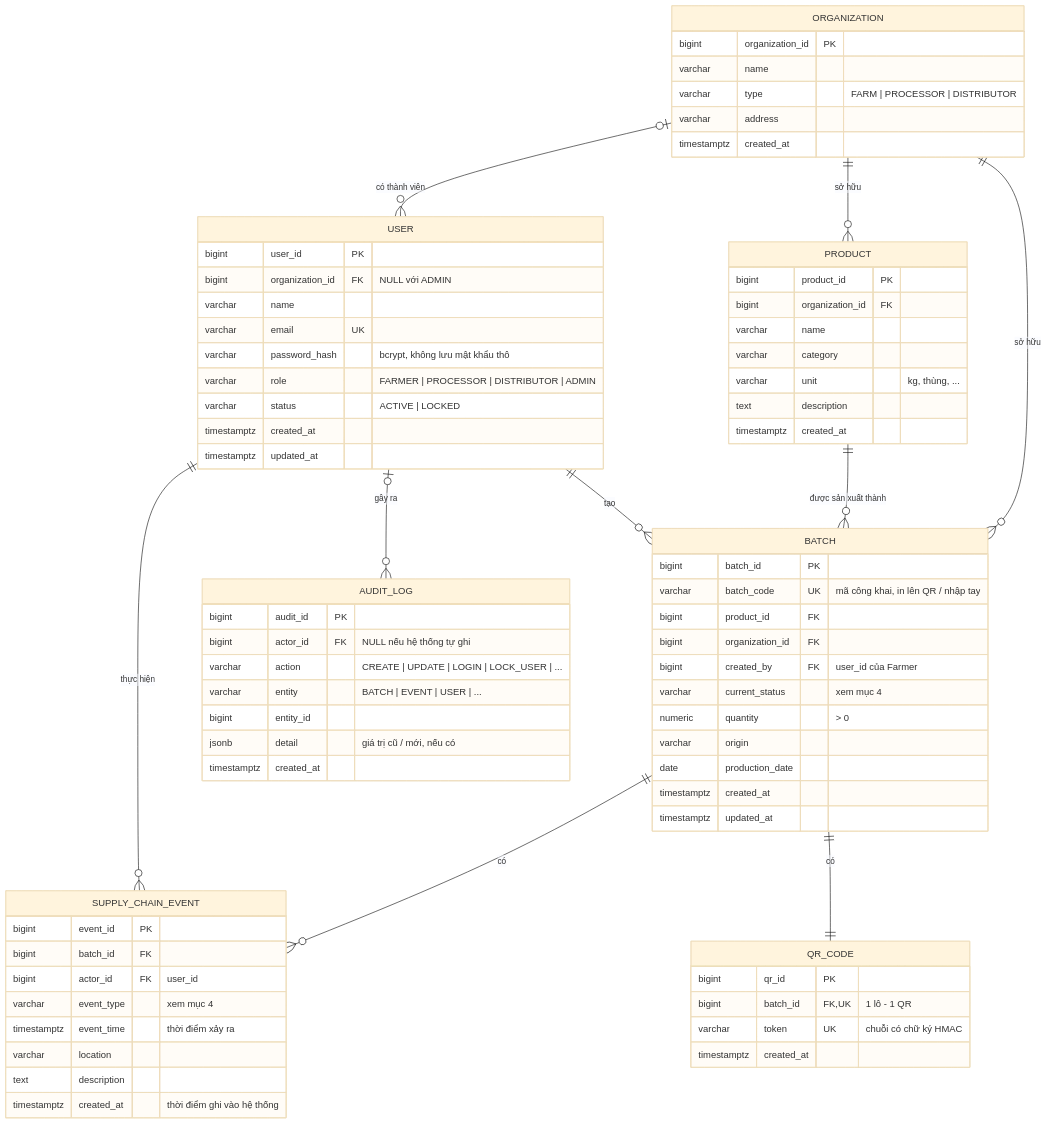
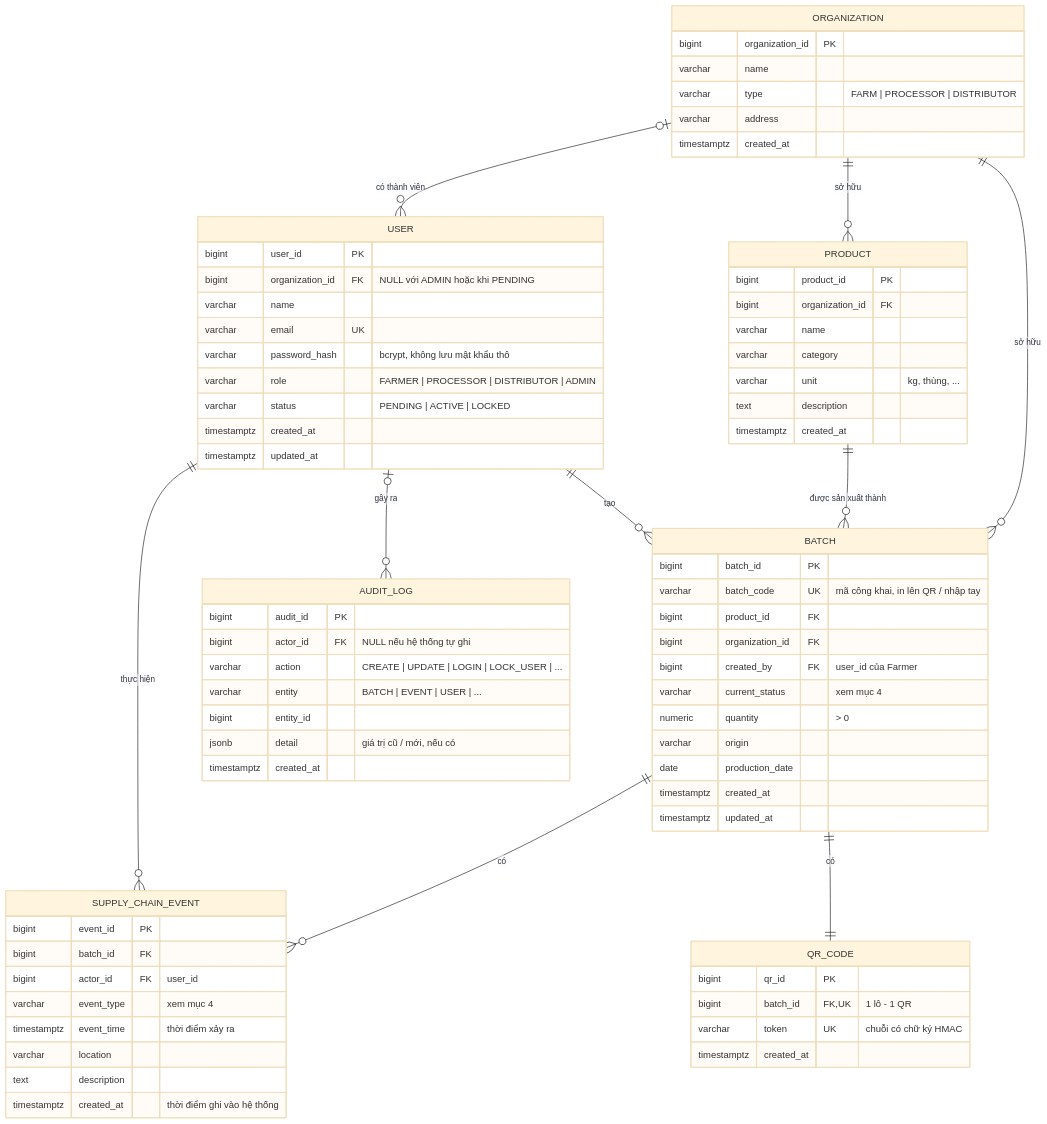
The diagram in docs/ERD/erd-draft.md (hbao06/food-supply-chain-traceability-portal), drawn with Mermaid (base theme) before and after one commit. The commit also changed other lines of this file and 2 other files, not shown here.

Commit message:
docs: them ma tran phan quyen, bo sung trang thai PENDING (W1-TV3)

```diff
--- a/docs/ERD/erd-draft.md
+++ b/docs/ERD/erd-draft.md
@@ -30,12 +30,12 @@
 
     USER {
         bigint user_id PK
-        bigint organization_id FK "NULL với ADMIN"
+        bigint organization_id FK "NULL với ADMIN hoặc khi PENDING"
         varchar name
         varchar email UK
         varchar password_hash "bcrypt, không lưu mật khẩu thô"
         varchar role "FARMER | PROCESSOR | DISTRIBUTOR | ADMIN"
-        varchar status "ACTIVE | LOCKED"
+        varchar status "PENDING | ACTIVE | LOCKED"
         timestamptz created_at
         timestamptz updated_at
     }
```
